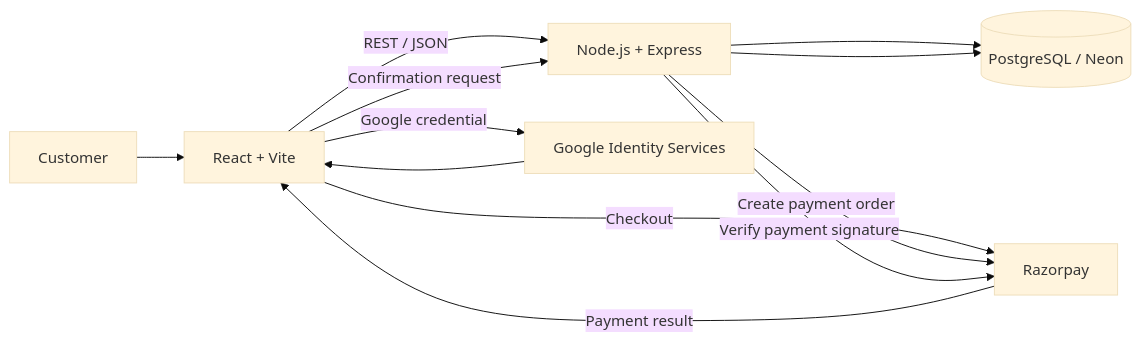
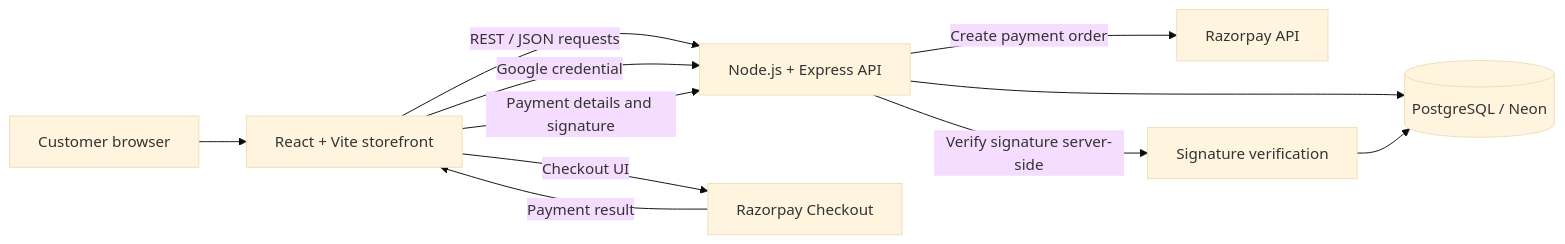
Before and after one commit to MaybeAditya/Marvealle_Fashion_Atlier: the diagram in README.md, drawn with Mermaid (base theme). The commit also changed other lines of this file, not shown here.

````diff
--- a/README.md
+++ b/README.md
@@ -73,14 +102,13 @@
 ```mermaid
 flowchart LR
-    Customer[Customer] --> UI[React + Vite]
-    UI -->|REST / JSON| API[Node.js + Express]
+    Customer[Customer browser] --> Storefront[React + Vite storefront]
+    Storefront -->|REST / JSON requests| API[Node.js + Express API]
     API --> DB[(PostgreSQL / Neon)]
-    UI -->|Google credential| Auth[Google Identity Services]
-    Auth --> UI
-    UI -->|Checkout| Pay[Razorpay]
-    API -->|Create payment order| Pay
-    Pay -->|Payment result| UI
-    UI -->|Confirmation request| API
-    API -->|Verify payment signature| Pay
-    API --> DB
+    Storefront -->|Google credential| API
+    Storefront -->|Checkout UI| Razorpay[Razorpay Checkout]
+    API -->|Create payment order| RazorpayAPI[Razorpay API]
+    Razorpay -->|Payment result| Storefront
+    Storefront -->|Payment details and signature| API
+    API -->|Verify signature server-side| Verify[Signature verification]
+    Verify --> DB
 ```
````
